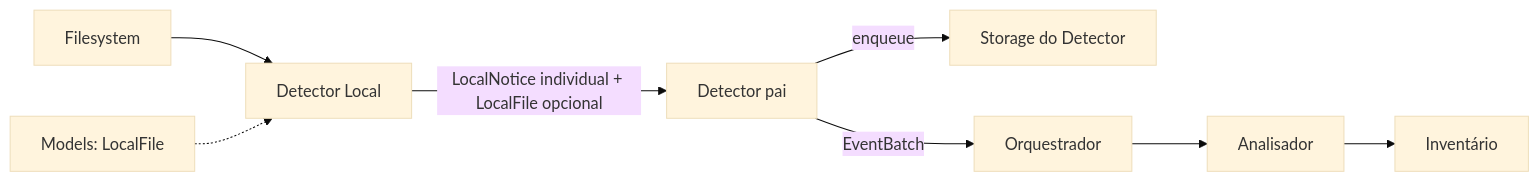
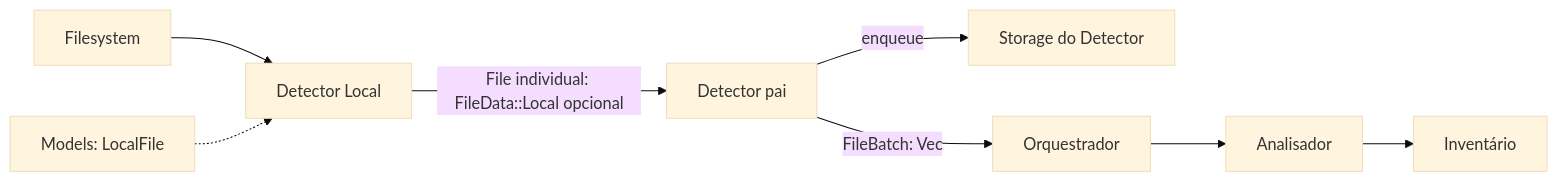
One commit to rafatosta/drivesync changed the diagram in docs/engine/detectors/local/README.md. Above: the diagram before and after it, drawn with Mermaid (base theme). The commit also changed other lines of this file, not shown here.

Commit message:
docs(detector): remove stale contracts and correct File naming

````diff
--- a/docs/engine/detectors/local/README.md
+++ b/docs/engine/detectors/local/README.md
@@ -34,10 +34,10 @@
 ```mermaid
 flowchart LR
     FS[Filesystem] --> LOC[Detector Local]
     MOD[Models: LocalFile] -.-> LOC
-    LOC -->|"LocalNotice individual + LocalFile opcional"| DET[Detector pai]
+    LOC -->|"File individual: FileData::Local opcional"| DET[Detector pai]
     DET -->|"enqueue"| STO[Storage do Detector]
-    DET -->|"EventBatch"| ORQ[Orquestrador]
+    DET -->|"FileBatch: Vec<File>"| ORQ[Orquestrador]
     ORQ --> AN[Analisador]
     AN --> INV[Inventário]
 ```
````
